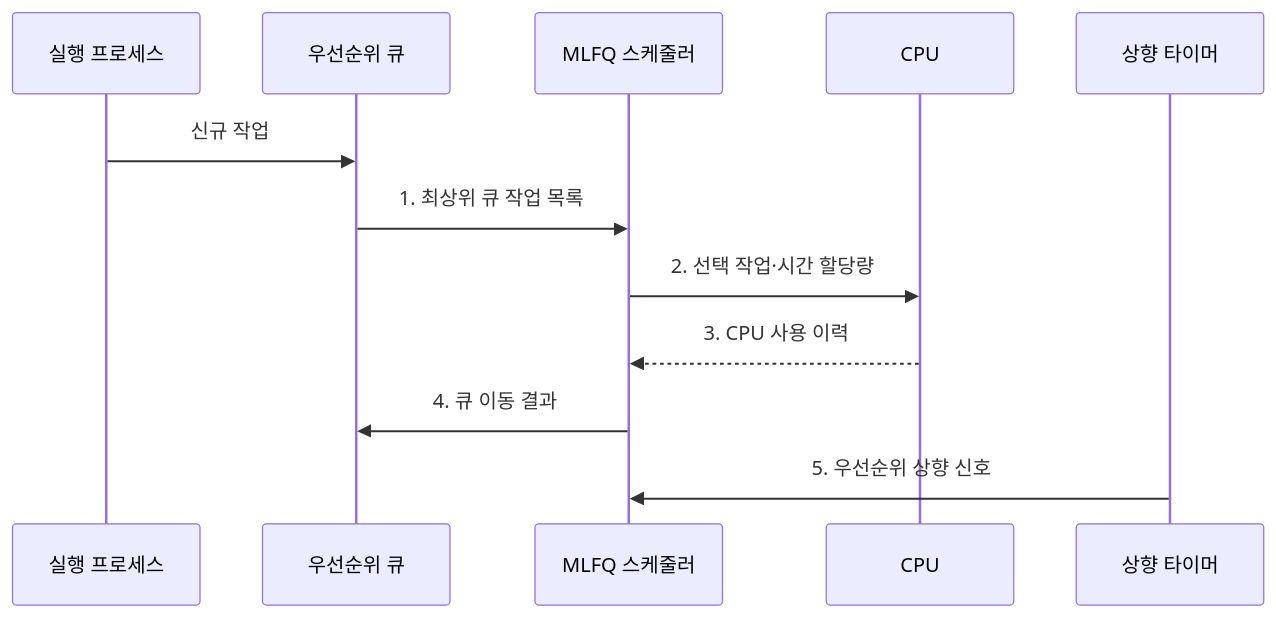
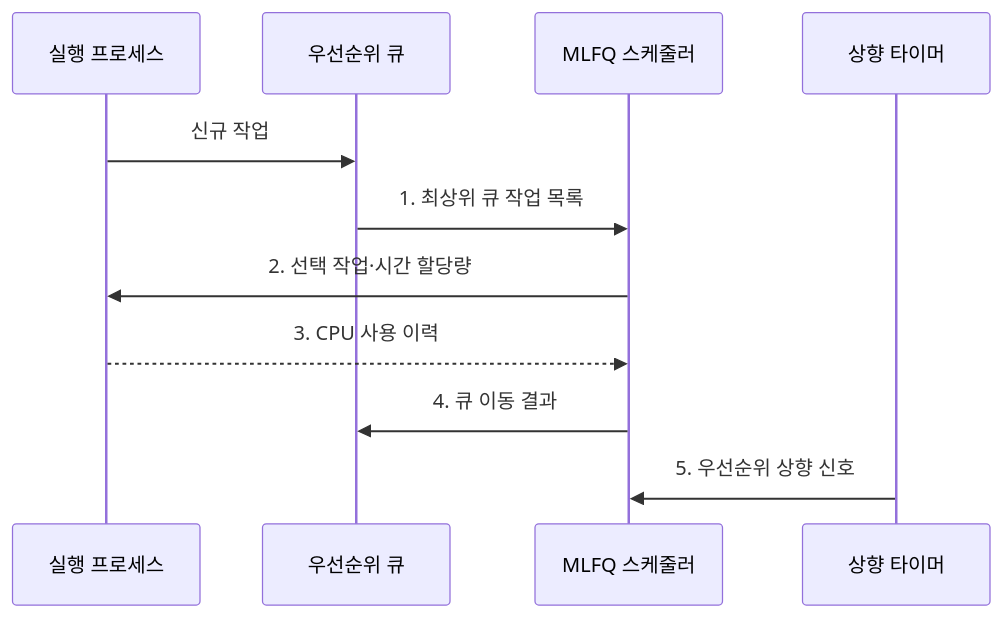
The second of 2 diagrams in src/content/docs/notes/03-software/005_mlfq.md (agnusdei1207/knowledge-base), drawn with Mermaid before and after one commit. The commit also changed 9 other files, not shown here.

Commit message:
Simplify software execution diagrams

````diff
--- a/src/content/docs/notes/03-software/005_mlfq.md
+++ b/src/content/docs/notes/03-software/005_mlfq.md
@@ -101,14 +101,13 @@
 ```mermaid
 sequenceDiagram
     participant P as 실행 프로세스
     participant Q as 우선순위 큐
     participant S as MLFQ 스케줄러
-    participant C as CPU
     participant T as 상향 타이머
     P->>Q: 신규 작업
     Q->>S: 1. 최상위 큐 작업 목록
-    S->>C: 2. 선택 작업·시간 할당량
-    C-->>S: 3. CPU 사용 이력
+    S->>P: 2. 선택 작업·시간 할당량
+    P-->>S: 3. CPU 사용 이력
     S->>Q: 4. 큐 이동 결과
     T->>S: 5. 우선순위 상향 신호
 ```
````
